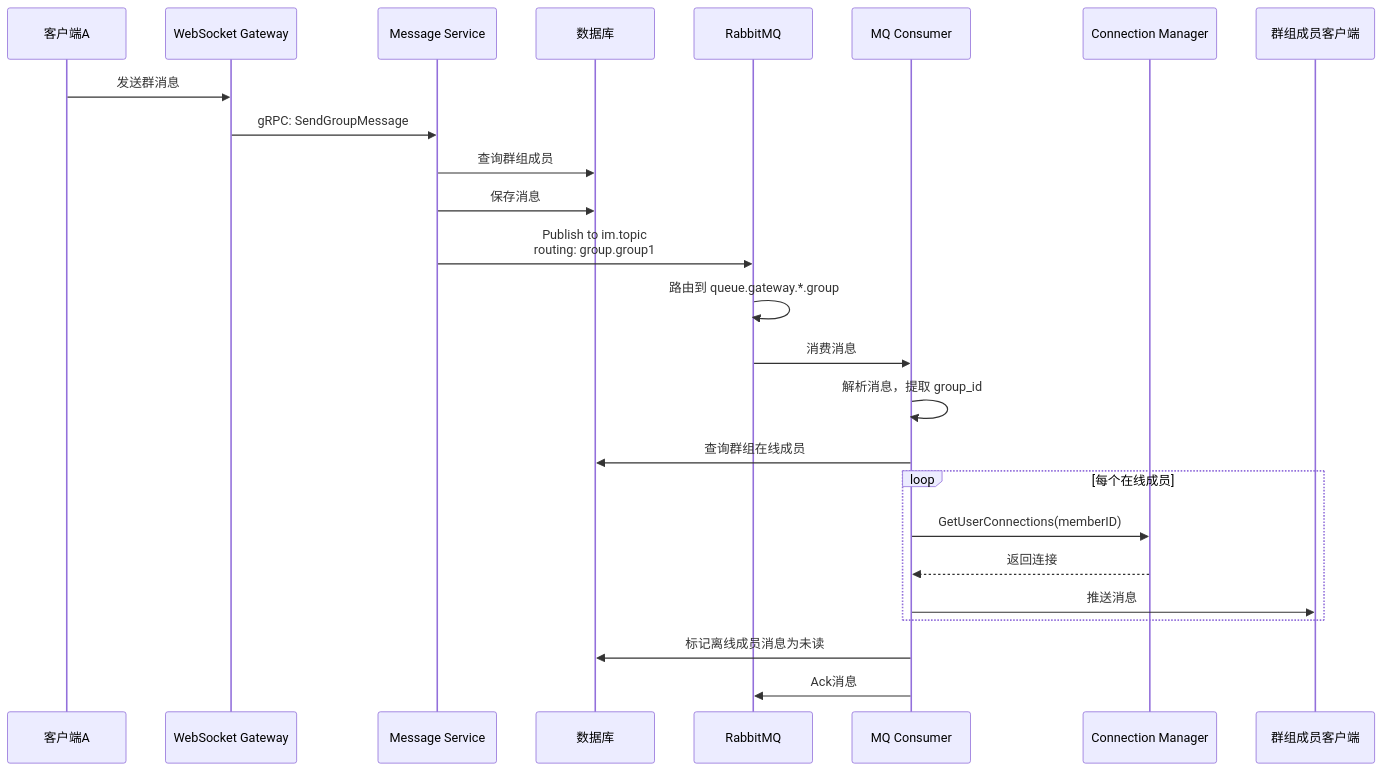
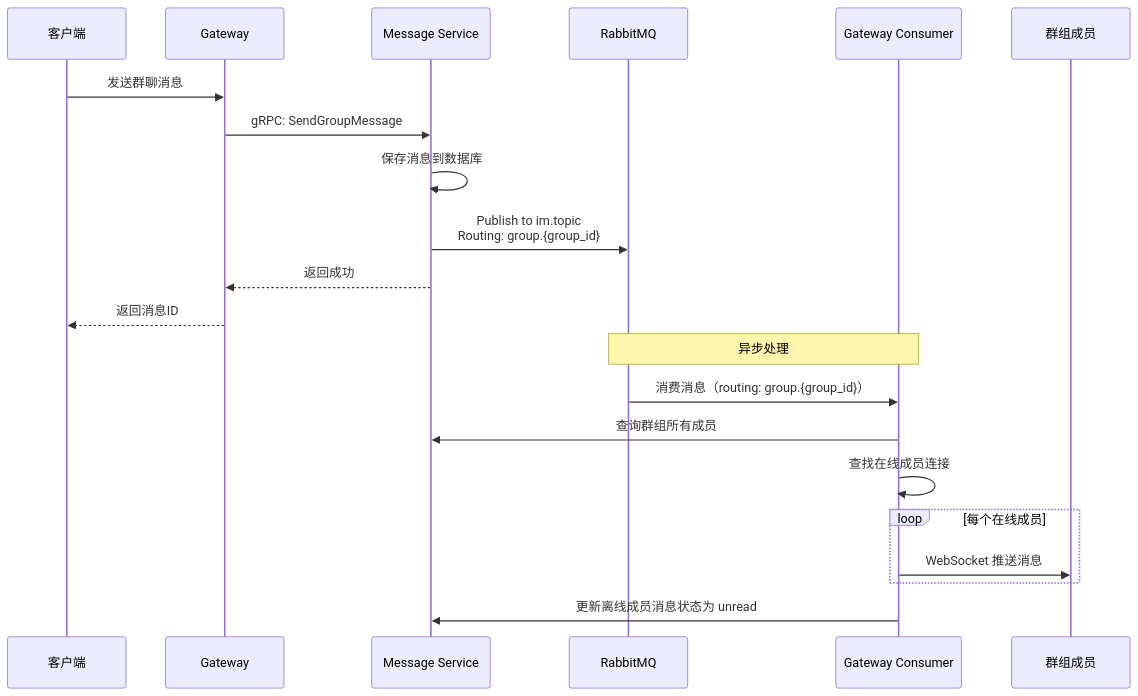
One commit to HappyLadySauce/Beehive changed the third of 3 diagrams in docs/dev/03-消息队列设计.md. Above: the diagram before and after it, drawn with Mermaid. The commit also changed other lines of this file and 19 other files, not shown here.

````diff
--- a/docs/dev/03-消息队列设计.md
+++ b/docs/dev/03-消息队列设计.md
@@ -444,28 +128,25 @@
 ```mermaid
 sequenceDiagram
-    participant Client as 客户端A
-    participant Gateway as WebSocket Gateway
+    participant Client as 客户端
+    participant Gateway as Gateway
     participant MsgSvc as Message Service
-    participant DB as 数据库
     participant MQ as RabbitMQ
-    participant Consumer as MQ Consumer
-    participant ConnMgr as Connection Manager
-    participant Members as 群组成员客户端
+    participant Consumer as Gateway Consumer
+    participant Members as 群组成员
     
-    Client->>Gateway: 发送群消息
+    Client->>Gateway: 发送群聊消息
     Gateway->>MsgSvc: gRPC: SendGroupMessage
-    MsgSvc->>DB: 查询群组成员
-    MsgSvc->>DB: 保存消息
-    MsgSvc->>MQ: Publish to im.topic<br/>routing: group.group1
-    MQ->>MQ: 路由到 queue.gateway.*.group
-    MQ->>Consumer: 消费消息
-    Consumer->>Consumer: 解析消息，提取 group_id
-    Consumer->>DB: 查询群组在线成员
+    MsgSvc->>MsgSvc: 保存消息到数据库
+    MsgSvc->>MQ: Publish to im.topic<br/>Routing: group.{group_id}
+    MsgSvc-->>Gateway: 返回成功
+    Gateway-->>Client: 返回消息ID
+    
+    Note over MQ,Consumer: 异步处理
+    MQ->>Consumer: 消费消息（routing: group.{group_id}）
+    Consumer->>MsgSvc: 查询群组所有成员
+    Consumer->>Consumer: 查找在线成员连接
     loop 每个在线成员
-        Consumer->>ConnMgr: GetUserConnections(memberID)
-        ConnMgr-->>Consumer: 返回连接
-        Consumer->>Members: 推送消息
+        Consumer->>Members: WebSocket 推送消息
     end
-    Consumer->>DB: 标记离线成员消息为未读
-    Consumer->>MQ: Ack消息
+    Consumer->>MsgSvc: 更新离线成员消息状态为 unread
 ```
````
